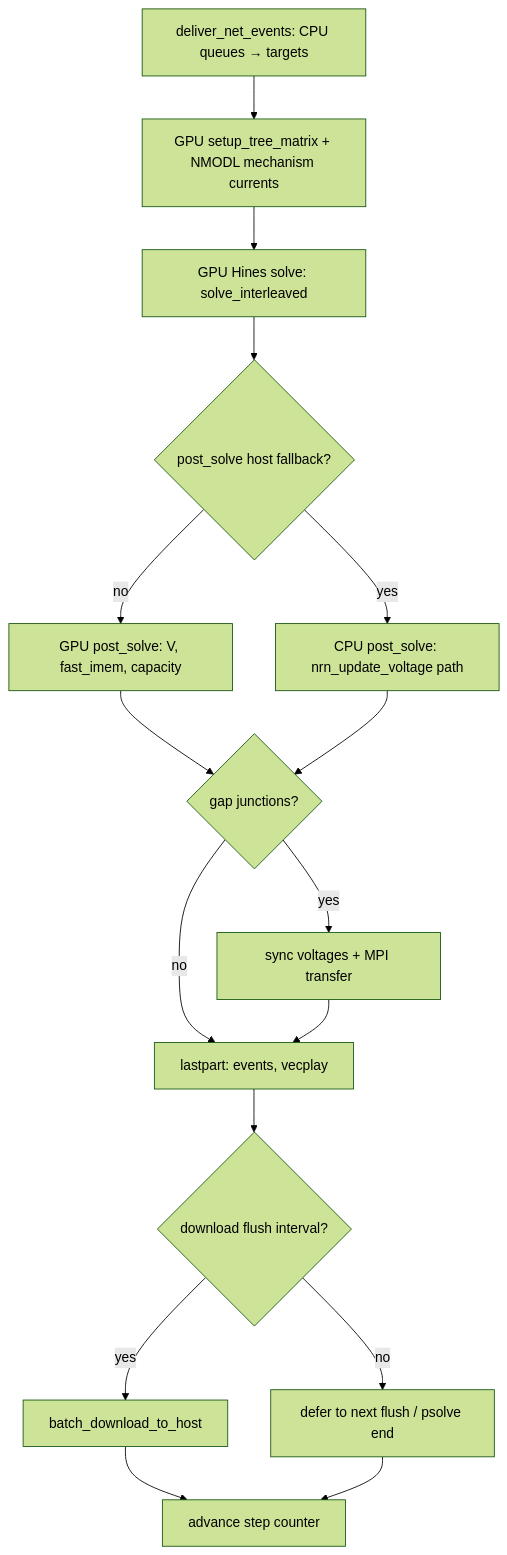
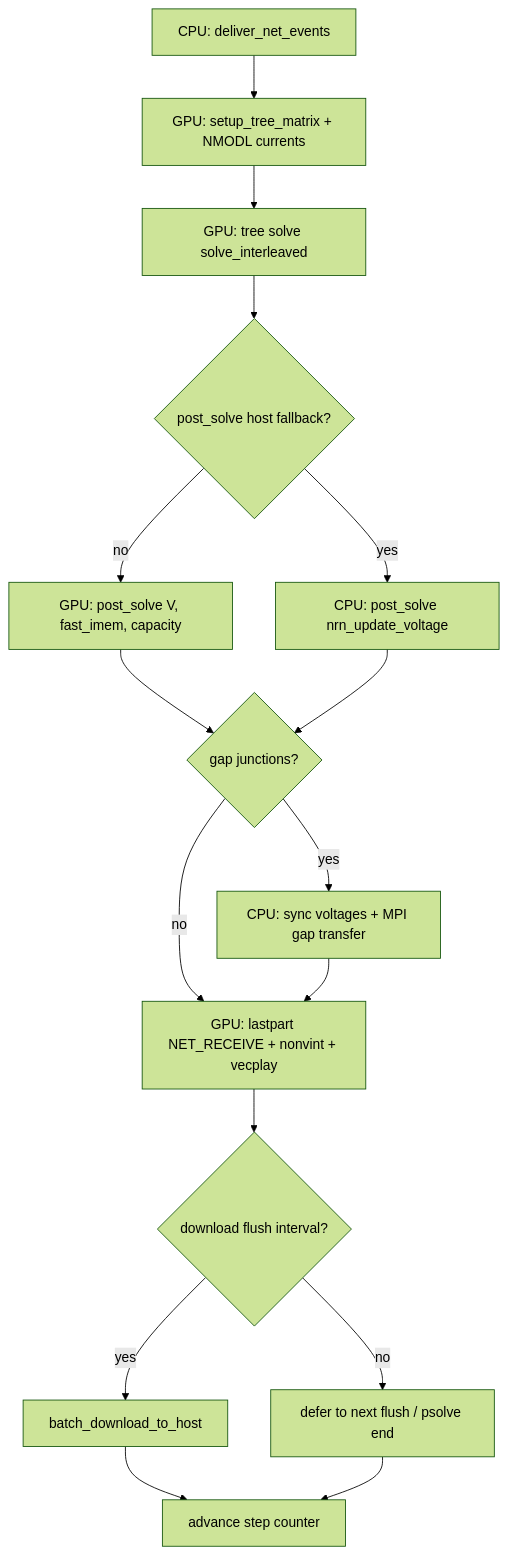
One commit to neuronsimulator/nrn changed the diagram in docs/dev/native-gpu-fixed-step.rst. Above: the diagram before and after it, drawn with Mermaid (forest theme). The commit also changed other lines of this file and 2 other files, not shown here.

First line of the commit message:
Refine native GPU docs: tree solve, subphase table, ODE-only diagram

```diff
--- a/docs/dev/native-gpu-fixed-step.rst
+++ b/docs/dev/native-gpu-fixed-step.rst
@@ -129,18 +173,18 @@
 .. mermaid::
 
    flowchart TD
-     A[deliver_net_events: CPU queues → targets] --> B[GPU setup_tree_matrix + NMODL mechanism currents]
-     B --> C[GPU Hines solve: solve_interleaved]
+     A[CPU: deliver_net_events] --> B[GPU: setup_tree_matrix + NMODL currents]
+     B --> C[GPU: tree solve solve_interleaved]
      C --> D{post_solve host fallback?}
-     D -->|no| E[GPU post_solve: V, fast_imem, capacity]
-     D -->|yes| F[CPU post_solve: nrn_update_voltage path]
+     D -->|no| E[GPU: post_solve V, fast_imem, capacity]
+     D -->|yes| F[CPU: post_solve nrn_update_voltage]
      E --> G{gap junctions?}
      F --> G
-     G -->|yes| H[sync voltages + MPI transfer]
-     G -->|no| I[lastpart: events, vecplay]
+     G -->|yes| H[CPU: sync voltages + MPI gap transfer]
+     G -->|no| I[GPU: lastpart NET_RECEIVE + nonvint + vecplay]
      H --> I
      I --> J{download flush interval?}
      J -->|yes| K[batch_download_to_host]
      J -->|no| L[defer to next flush / psolve end]
      K --> M[advance step counter]
      L --> M
```
